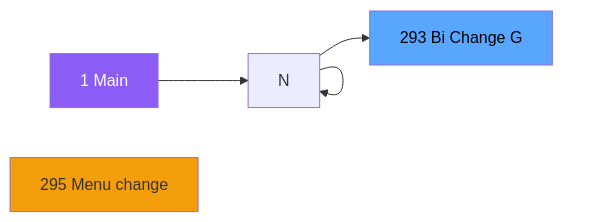
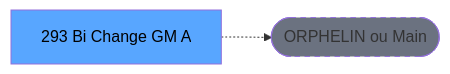
Before and after one commit to thonyAGP/lecteur-magic: the second of 3 diagrams in .openspec/specs/ADH-IDE-293.md, drawn with Mermaid. The commit also changed other lines of this file and 701 other files, not shown here.

````diff
--- a/.openspec/specs/ADH-IDE-293.md
+++ b/.openspec/specs/ADH-IDE-293.md
@@ -128,13 +126,8 @@
 ```mermaid
 graph LR
-    M[1 Main]
-    N295[295 Menu change ]
-    T[293 Bi  Change G]
-    M --> N
-    N --> N
-    N --> N
-    N --> T
-    style M fill:#8b5cf6,color:#fff
-    style N295 fill:#f59e0b
+    T[293 Bi  Change GM A]
+    ORPHAN([ORPHELIN ou Main])
+    T -.-> ORPHAN
     style T fill:#58a6ff,color:#000
+    style ORPHAN fill:#6b7280,stroke-dasharray: 5 5
 ```
````
